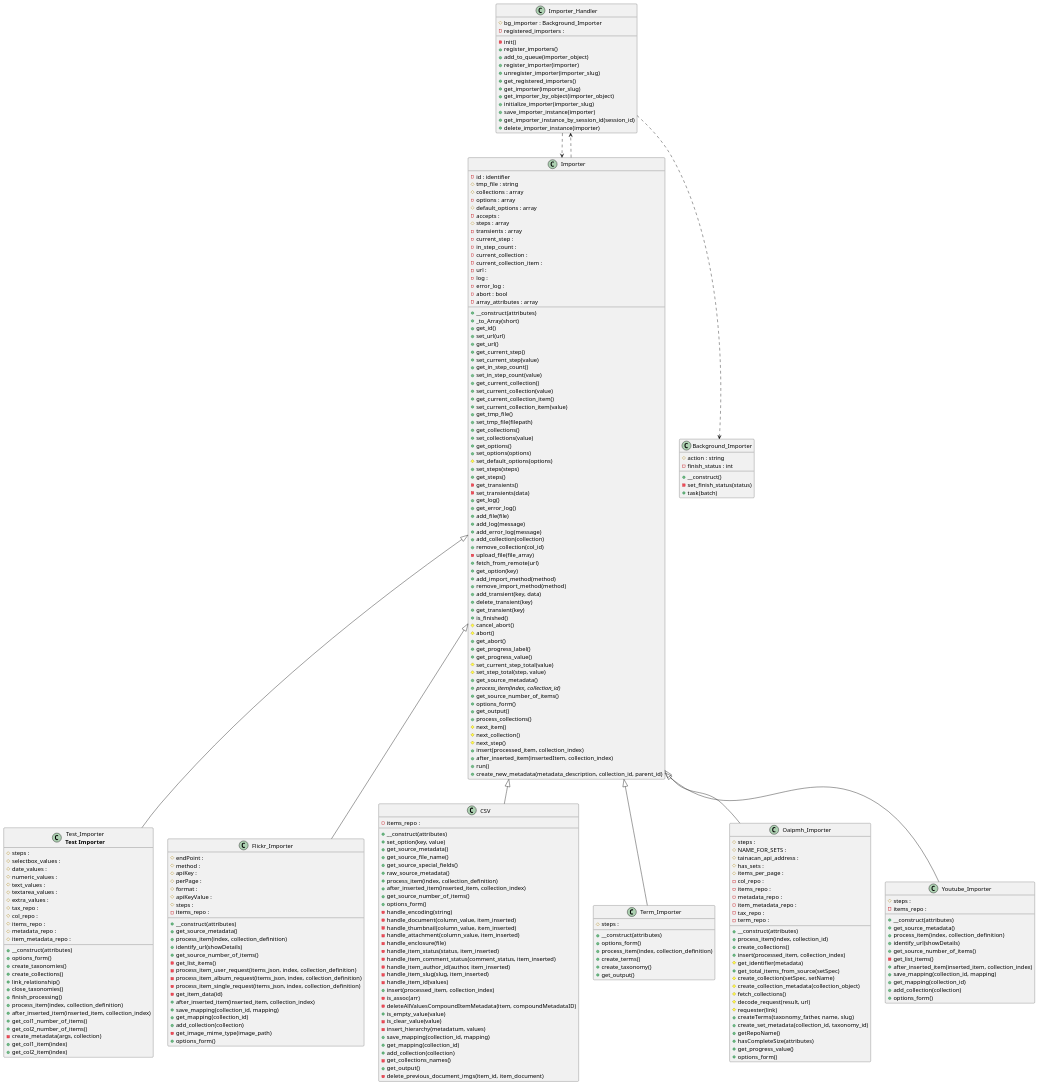
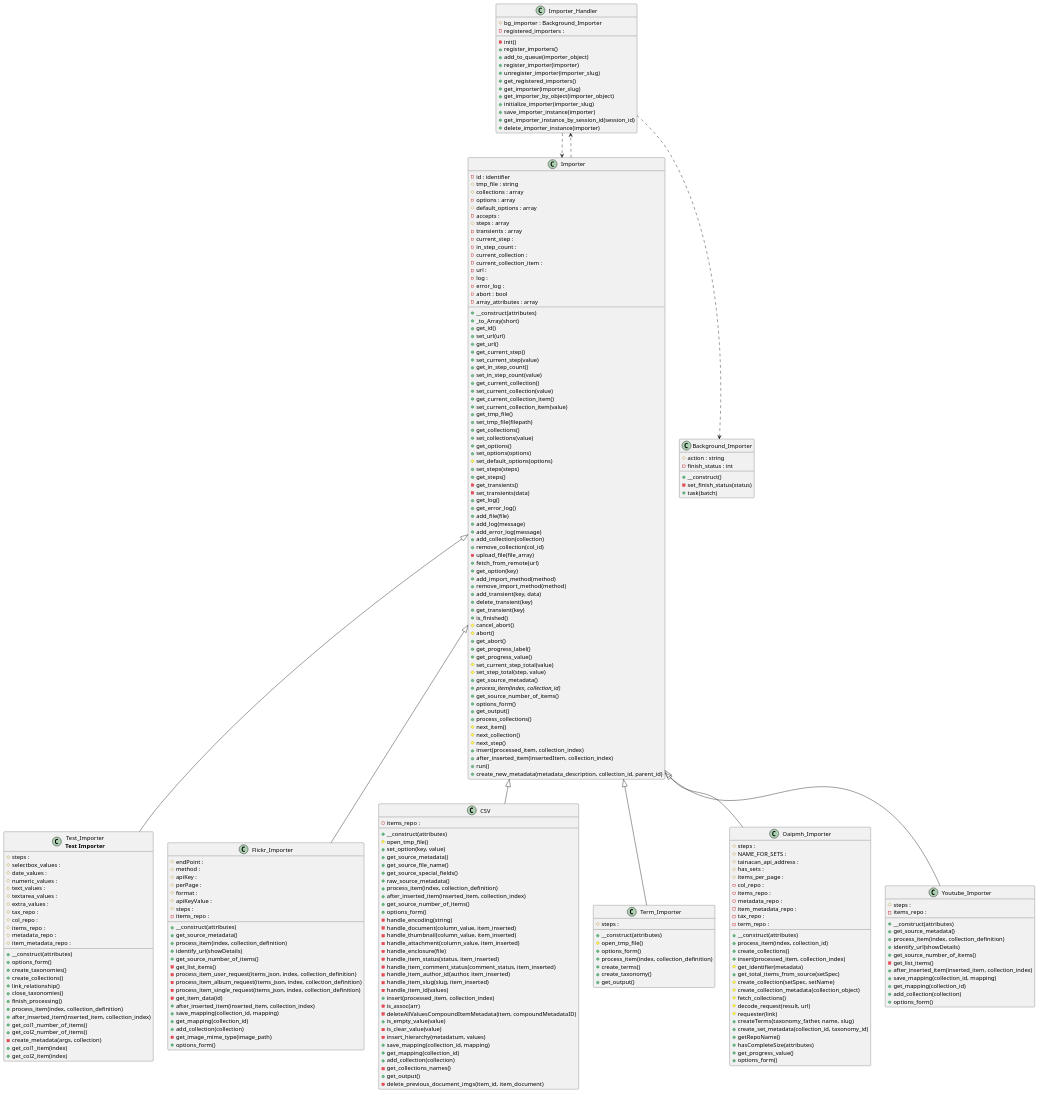
One commit to tainacan/tainacan changed the diagram in docs/diagrams/tainacan-namespace-Tainacan-Importer.puml. Above: the diagram before and after it, drawn with PlantUML. The commit also changed 4 other files, not shown here.

```diff
--- a/docs/diagrams/tainacan-namespace-Tainacan-Importer.puml
+++ b/docs/diagrams/tainacan-namespace-Tainacan-Importer.puml
@@ -151,6 +151,7 @@
   class "CSV" as CSV {
     -items_repo : 
     +__construct(attributes)
+    #open_tmp_file()
     +set_option(key, value)
     +get_source_metadata()
     +get_source_file_name()
@@ -186,6 +187,7 @@
   class "Term_Importer" as Term_Importer {
     #steps : 
     +__construct(attributes)
+    #open_tmp_file()
     +options_form()
     +process_item(index, collection_definition)
     +create_terms()
```
